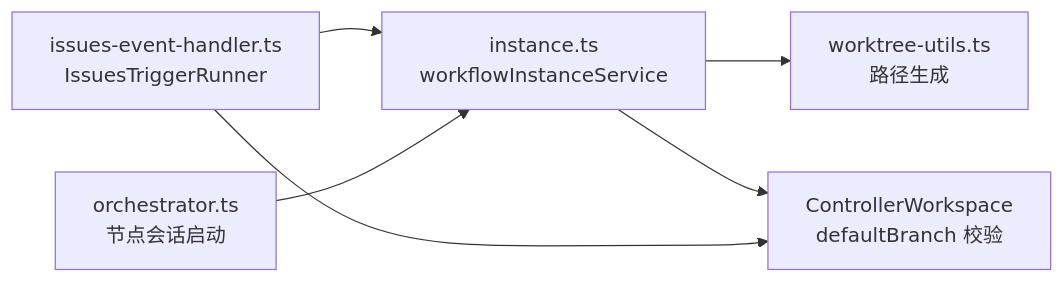
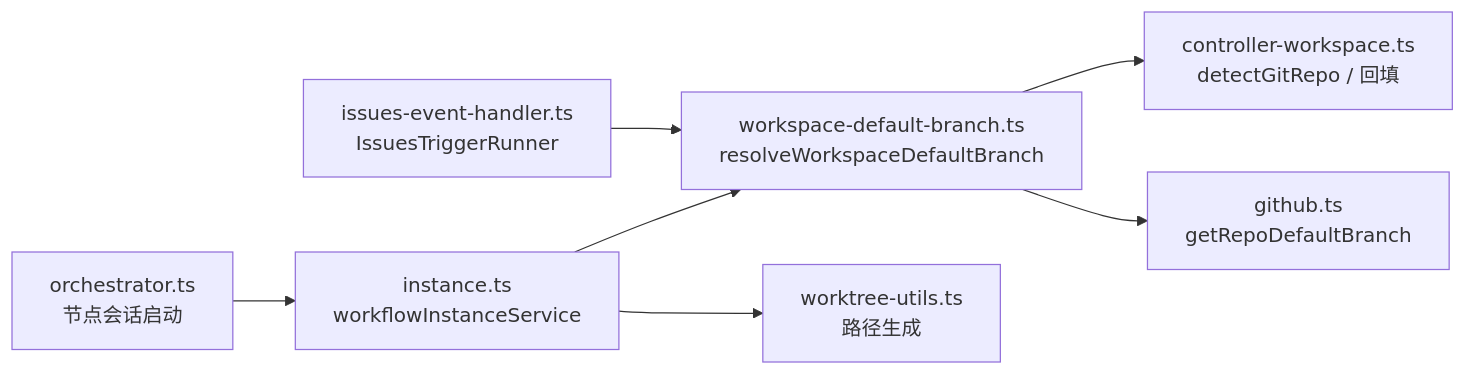
One commit to Deliay/z-agent-gear changed the second of 4 diagrams in docs/engineering/proposals/20261026-fix-issues-workflow-force-worktree.md. Above: the diagram before and after it, drawn with Mermaid. The commit also changed other lines of this file and 3 other files, not shown here.

First line of the commit message:
docs: 按评审意见修订——defaultBranch 缺失改为自动探测回填并修复历史问题

````diff
--- a/docs/engineering/proposals/20261026-fix-issues-workflow-force-worktree.md
+++ b/docs/engineering/proposals/20261026-fix-issues-workflow-force-worktree.md
@@ -76,8 +91,9 @@
 ```mermaid
 flowchart LR
-    A[issues-event-handler.ts<br/>IssuesTriggerRunner] --> B[instance.ts<br/>workflowInstanceService]
-    B --> C[worktree-utils.ts<br/>路径生成]
-    B --> D[ControllerWorkspace<br/>defaultBranch 校验]
-    A --> D
-    E[orchestrator.ts<br/>节点会话启动] --> B
+    A[issues-event-handler.ts<br/>IssuesTriggerRunner] --> R[workspace-default-branch.ts<br/>resolveWorkspaceDefaultBranch]
+    I[instance.ts<br/>workflowInstanceService] --> R
+    R --> C[controller-workspace.ts<br/>detectGitRepo / 回填]
+    R --> G[github.ts<br/>getRepoDefaultBranch]
+    I --> W[worktree-utils.ts<br/>路径生成]
+    E[orchestrator.ts<br/>节点会话启动] --> I
 ```
````
